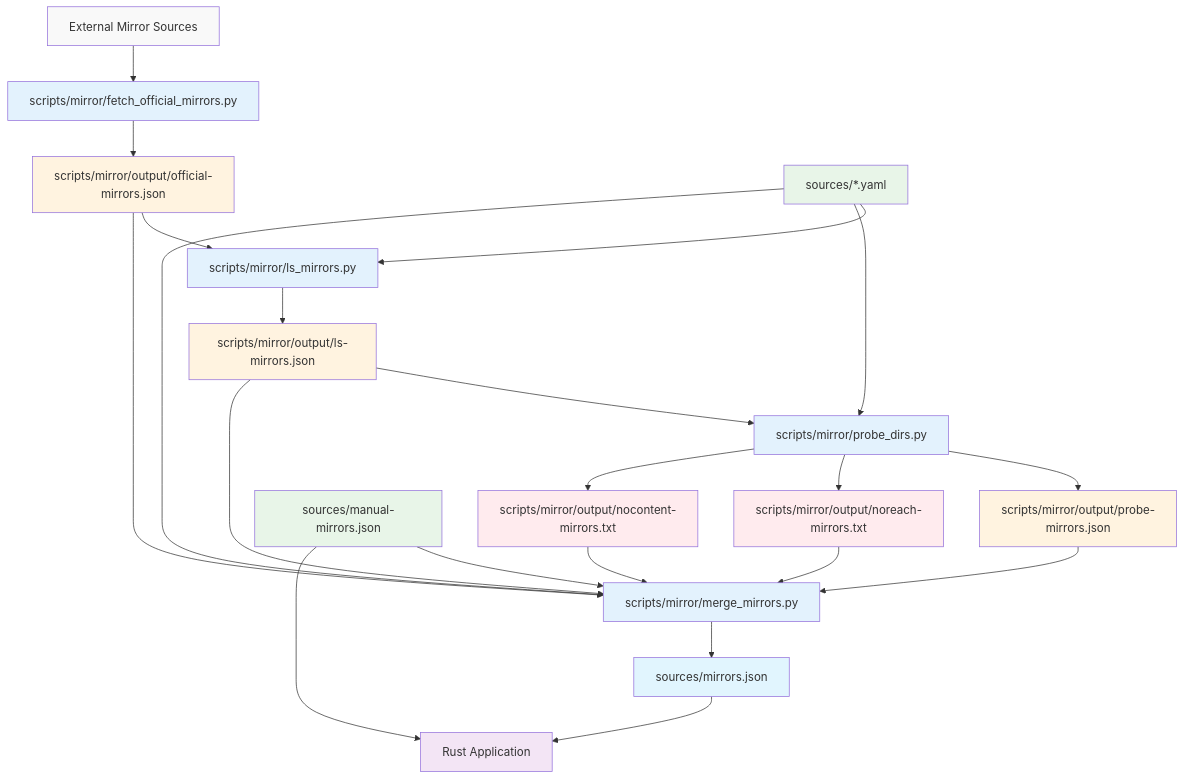
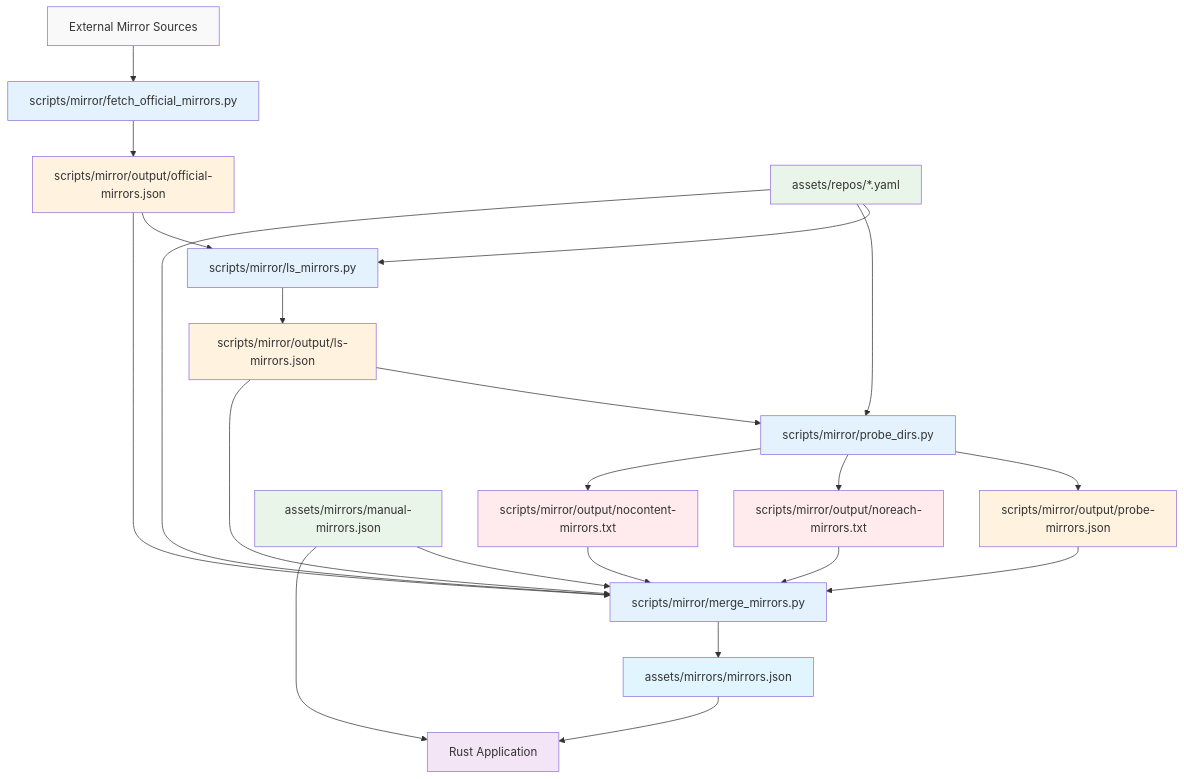
The first of 6 diagrams in scripts/mirror/README.md (xiaobingling93-pixel/openeuler-epkg), drawn with Mermaid before and after one commit. The commit also changed other lines of this file and 27 other files, not shown here.

````diff
--- a/scripts/mirror/README.md
+++ b/scripts/mirror/README.md
@@ -257,48 +259,48 @@
 ```mermaid
 graph TB
     A[External Mirror Sources] --> B[scripts/mirror/fetch_official_mirrors.py]
     B --> C[scripts/mirror/output/official-mirrors.json]
 
     C --> D[scripts/mirror/ls_mirrors.py]
     D --> E[scripts/mirror/output/ls-mirrors.json]
 
     E --> F[scripts/mirror/probe_dirs.py]
     F --> G[scripts/mirror/output/probe-mirrors.json]
     F --> H[scripts/mirror/output/noreach-mirrors.txt]
     F --> I[scripts/mirror/output/nocontent-mirrors.txt]
 
-    J[sources/manual-mirrors.json] --> K[scripts/mirror/merge_mirrors.py]
+    J[assets/mirrors/manual-mirrors.json] --> K[scripts/mirror/merge_mirrors.py]
     C --> K
     E --> K
     G --> K
     H --> K
     I --> K
 
-    K --> L[sources/mirrors.json]
+    K --> L[assets/mirrors/mirrors.json]
     L --> M[Rust Application]
     J --> M
 
-    N[sources/*.yaml] --> D
+    N[assets/repos/*.yaml] --> D
     N --> F
     N --> K
 
     %% Color coding by file type
     style A fill:#f9f9f9,color:#333    %% External sources
     style B fill:#e3f2fd,color:#1976d2  %% Python scripts
     style D fill:#e3f2fd,color:#1976d2  %% Python scripts
     style F fill:#e3f2fd,color:#1976d2  %% Python scripts
     style K fill:#e3f2fd,color:#1976d2  %% Python scripts
 
     style C fill:#fff3e0,color:#f57c00  %% JSON processing files
     style E fill:#fff3e0,color:#f57c00  %% JSON processing files
     style G fill:#fff3e0,color:#f57c00  %% JSON processing files
 
     style H fill:#ffebee,color:#d32f2f  %% Error/blacklist files
     style I fill:#ffebee,color:#d32f2f  %% Error/blacklist files
 
     style J fill:#e8f5e8,color:#388e3c  %% Manual config files
     style N fill:#e8f5e8,color:#388e3c  %% Config files
 
     style L fill:#e1f5fe,color:#0277bd  %% Final output
     style M fill:#f3e5f5,color:#7b1fa2  %% Rust application
 ```
````
